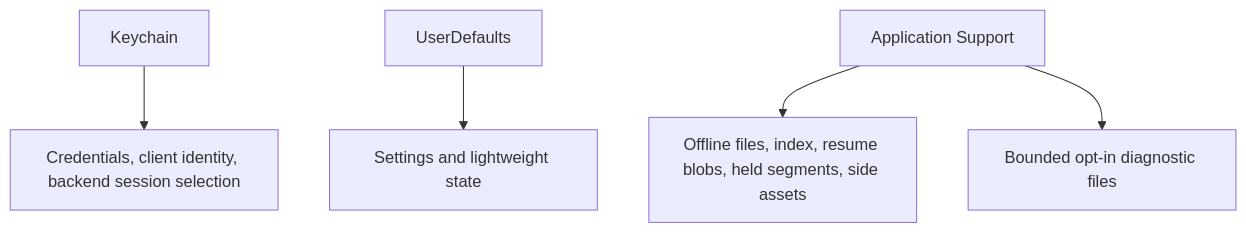
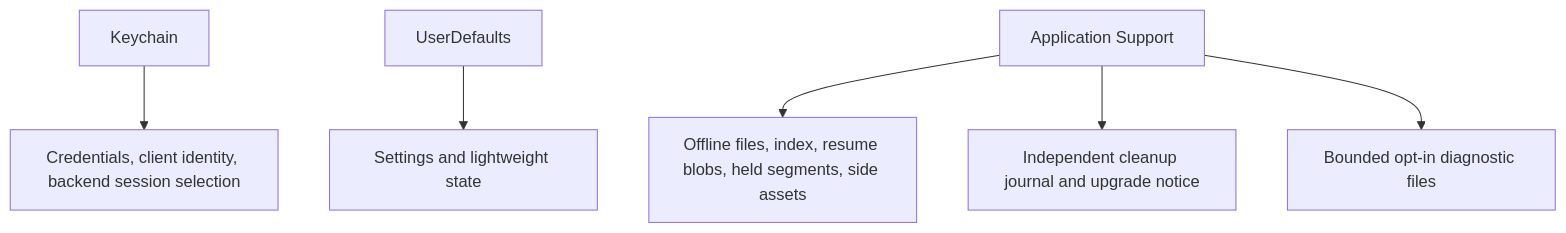
Before and after one commit to jlipworth/Labstream: the diagram in docs/PERSISTENCE.md, drawn with Mermaid. The commit also changed other lines of this file and 464 other files, not shown here.

````diff
--- a/docs/PERSISTENCE.md
+++ b/docs/PERSISTENCE.md
@@ -5,9 +5,10 @@
 ```mermaid
 flowchart TD
   accTitle: Persistence boundaries
-  accDescr: Credentials and client identity live in Keychain, preferences in UserDefaults, and offline media including durable held range bodies plus bounded diagnostic artifacts in Application Support.
+  accDescr: Keychain owns credentials, UserDefaults owns preferences, and Application Support separates the versioned offline index and media from independent cleanup authority and bounded diagnostics. Server obligations survive row deletion and media-root reset.
   Keychain[Keychain] --> Sessions[Credentials, client identity, backend session selection]
   Defaults[UserDefaults] --> Prefs[Settings and lightweight state]
   Support[Application Support] --> Downloads[Offline files, index, resume blobs, held segments, side assets]
+  Support --> Authority[Independent cleanup journal and upgrade notice]
   Support --> Diagnostics[Bounded opt-in diagnostic files]
 ```
````
